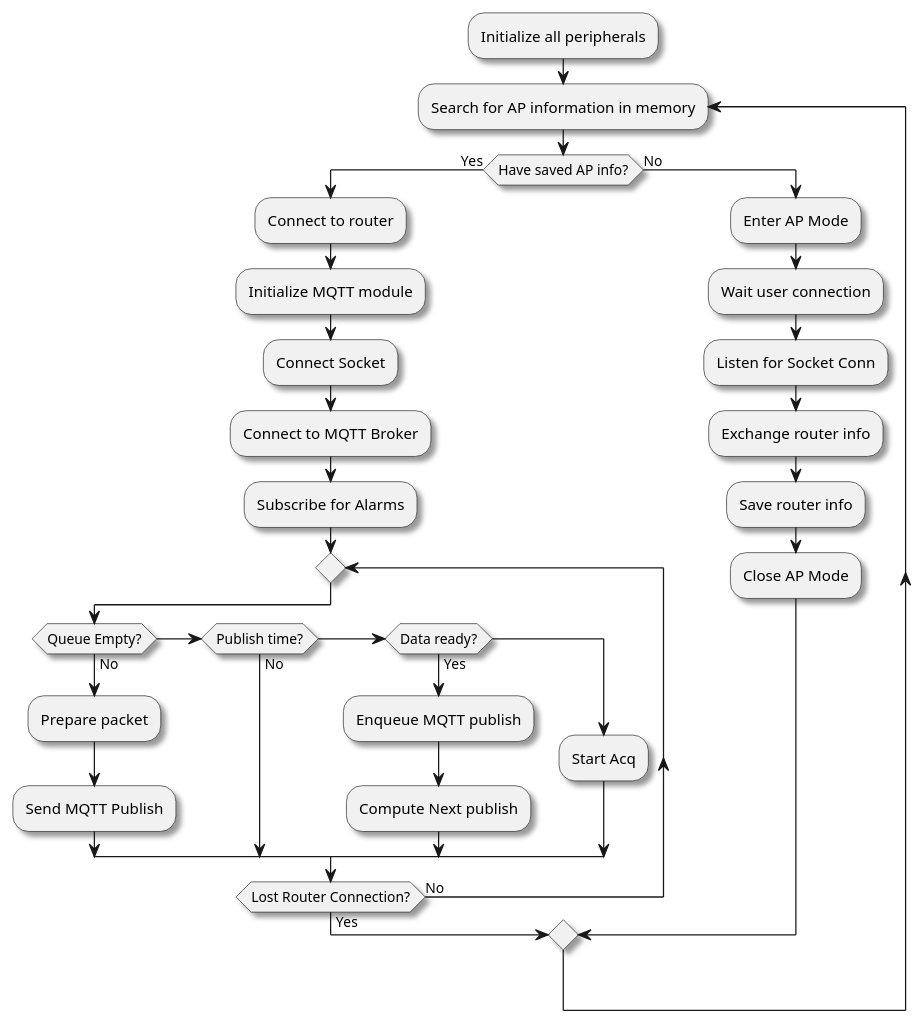
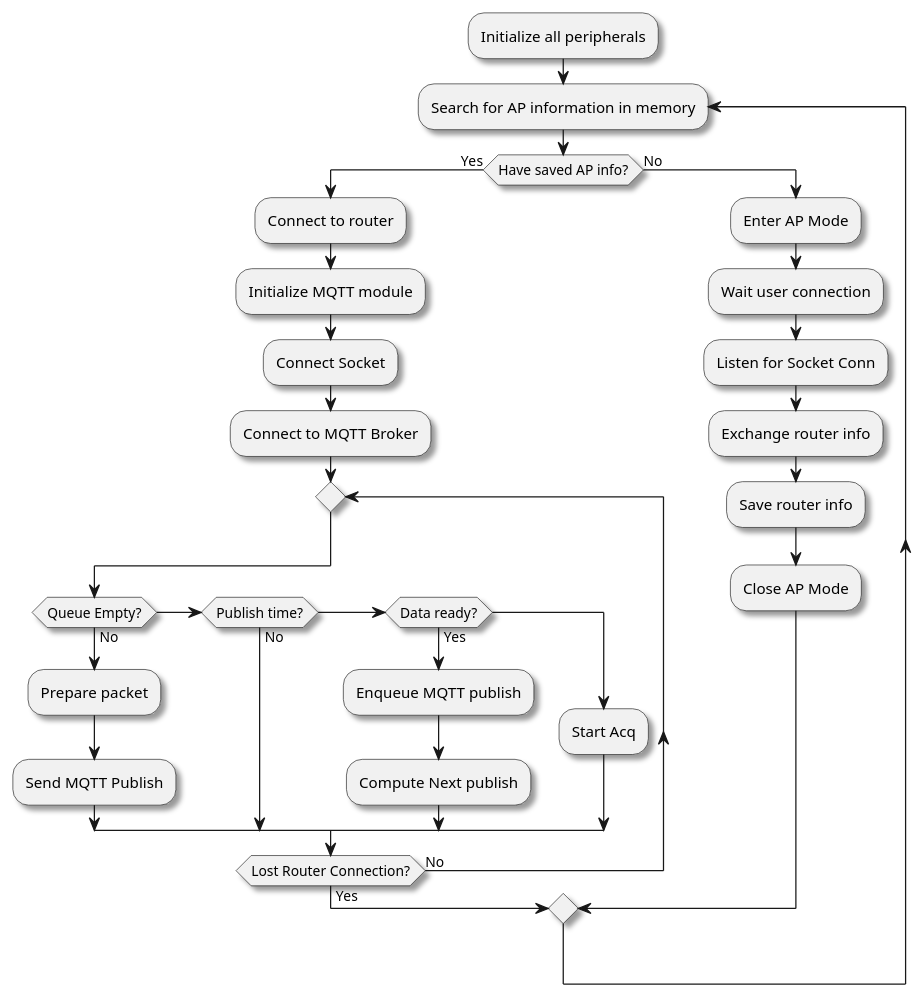
Before and after one commit to Coposescu/IoTDocumentation: the tenth of 11 diagrams in templateLaTeX-Rom-2024/templateLaTeX-Rom/figs/diagrams.md, drawn with PlantUML. The commit also changed other lines of this file and 9 other files, not shown here.

````diff
--- a/templateLaTeX-Rom-2024/templateLaTeX-Rom/figs/diagrams.md
+++ b/templateLaTeX-Rom-2024/templateLaTeX-Rom/figs/diagrams.md
@@ -517,36 +517,35 @@
  ```plantuml
 @startuml
 skinparam shadowing true
 skinparam ConditionEndStyle diamond
 :Initialize all peripherals;
 repeat :Search for AP information in memory;
 if (Have saved AP info?) then (Yes)
     :Connect to router;
     :Initialize MQTT module;
     :Connect Socket;
     :Connect to MQTT Broker; 
-    :Subscribe for Alarms;
     repeat
         if (Queue Empty?) then (No)
             :Prepare packet;
             :Send MQTT Publish;
         elseif (Publish time?) then (No)
         elseif (Data ready?) then (Yes)
             :Enqueue MQTT publish;
             :Compute Next publish;
         else
             :Start Acq;
         endif
     repeat while (Lost Router Connection?) is (No) not (Yes)
 else (No)
     :Enter AP Mode;
     :Wait user connection;
     :Listen for Socket Conn;
     :Exchange router info;    
     :Save router info;
     :Close AP Mode;
 endif
 repeat while
 
 @enduml
 ```
````
